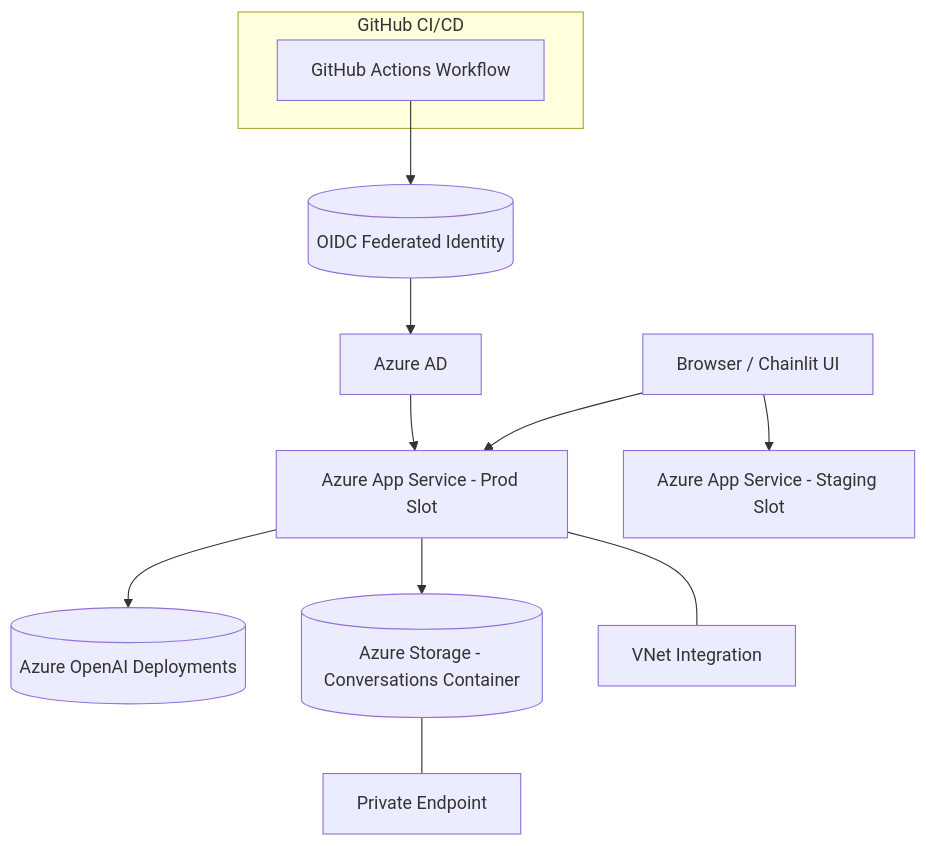
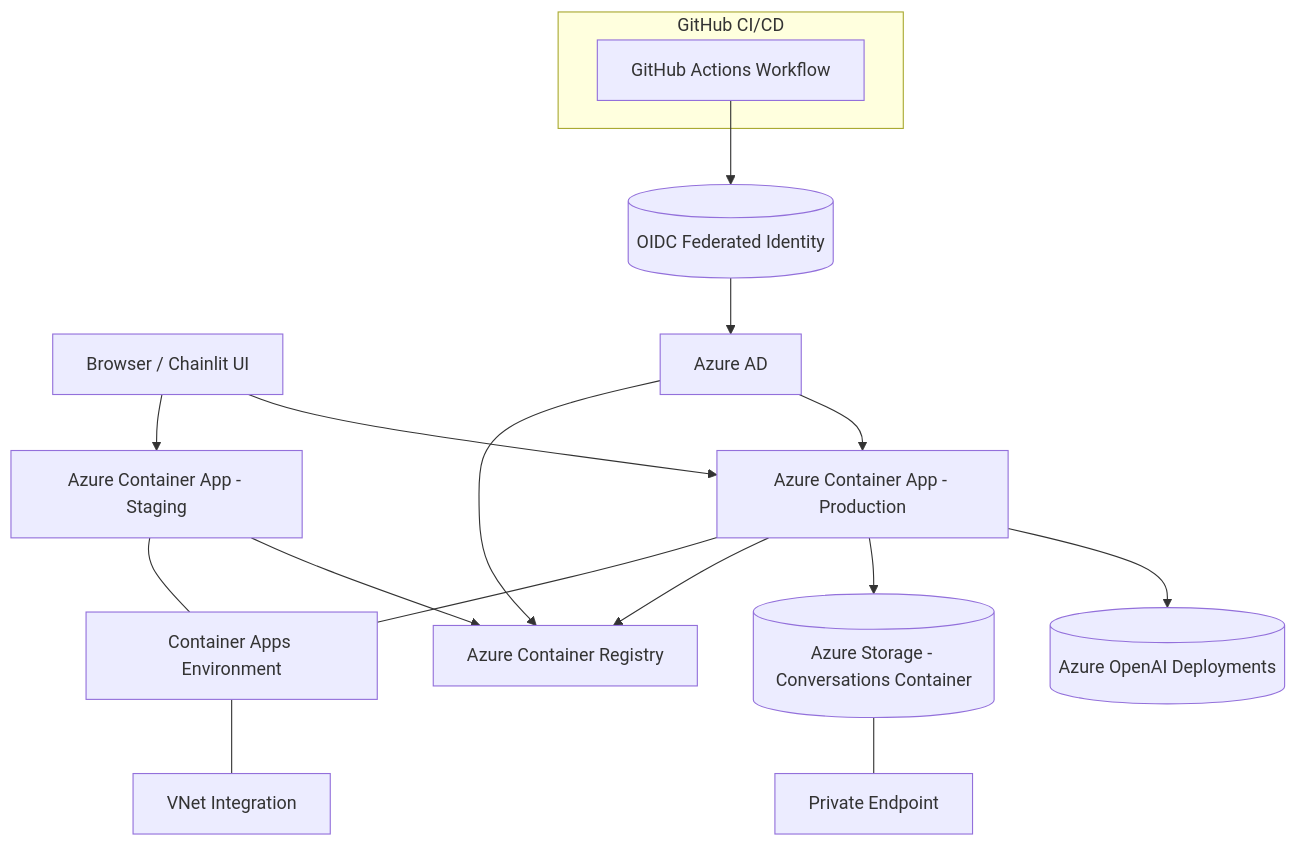
Before and after one commit to microsoft/ai-discovery-agent: the first of 2 diagrams in ARCHITECTURE.md, drawn with Mermaid. The commit also changed other lines of this file and 1 other file, not shown here.

Commit message:
Update documentation for Container Apps migration

`````diff
--- a/ARCHITECTURE.md
+++ b/ARCHITECTURE.md
@@ -7,14 +7,19 @@
 ````mermaid
 graph TD
-  User[Browser / Chainlit UI] --> App[Azure App Service - Prod Slot]
-  User --> Staging[Azure App Service - Staging Slot]
+  User[Browser / Chainlit UI] --> App[Azure Container App - Production]
+  User --> Staging[Azure Container App - Staging]
   App --> OpenAI[(Azure OpenAI Deployments)]
   App --> Storage[(Azure Storage - Conversations Container)]
-  App --- VNet[VNet Integration]
+  App --> ACR[Azure Container Registry]
+  Staging --> ACR
+  App --- CAE[Container Apps Environment]
+  Staging --- CAE
+  CAE --- VNet[VNet Integration]
   Storage --- PE[Private Endpoint]
   subgraph GitHub CI/CD
     Workflow[GitHub Actions Workflow]
   end
   Workflow --> FederatedOIDC[(OIDC Federated Identity)] --> Azure[Azure AD]
   Azure --> App
+  Azure --> ACR
 ````
`````
